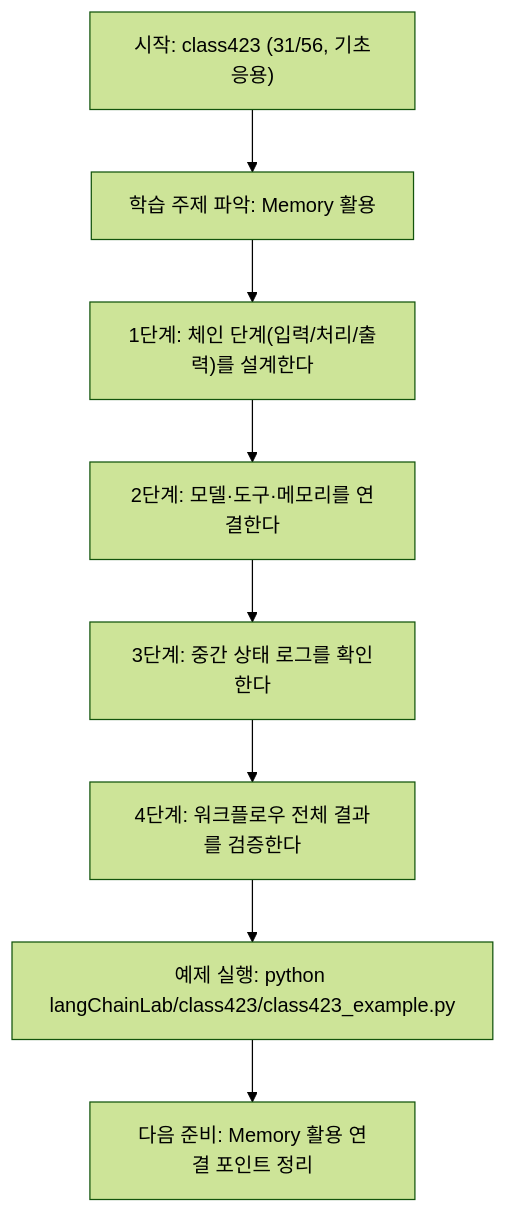
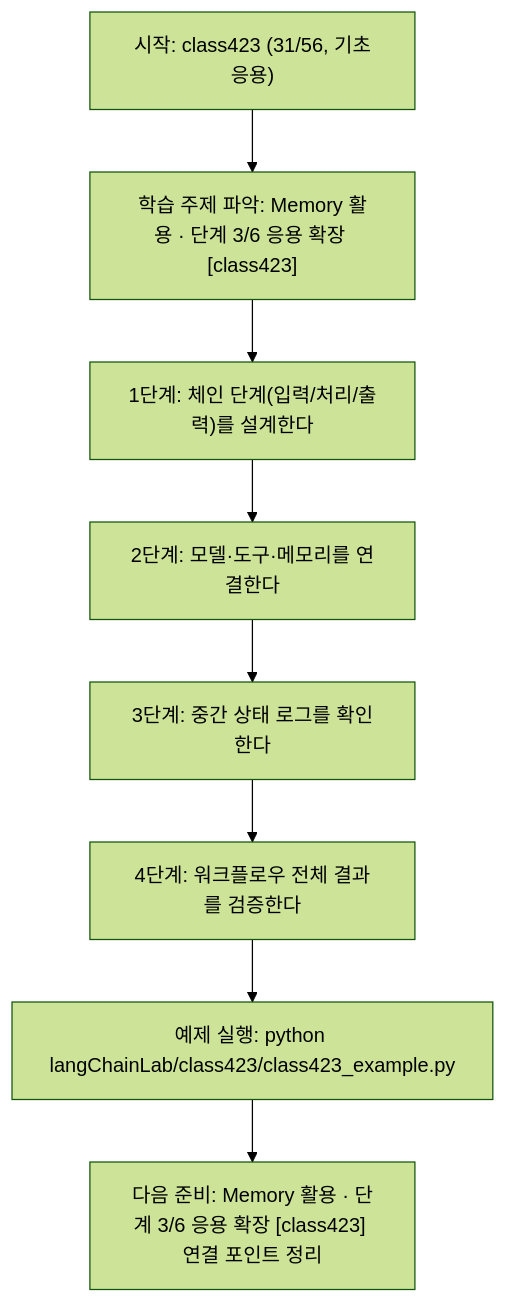
Before and after one commit to edumgt/Python-AI_Agent-Class: the diagram in langChainLab/class423/class423.md, drawn with Mermaid (forest theme). The commit also changed other lines of this file and 522 other files, not shown here.

````diff
--- a/langChainLab/class423/class423.md
+++ b/langChainLab/class423/class423.md
@@ -108,18 +109,18 @@
 ```mermaid
 flowchart TD
 N1["시작: class423 (31/56, 기초응용)"]
-N2["학습 주제 파악: Memory 활용"]
+N2["학습 주제 파악: Memory 활용 · 단계 3/6 응용 확장 [class423]"]
 N3["1단계: 체인 단계(입력/처리/출력)를 설계한다"]
 N4["2단계: 모델·도구·메모리를 연결한다"]
 N5["3단계: 중간 상태 로그를 확인한다"]
 N6["4단계: 워크플로우 전체 결과를 검증한다"]
 N7["예제 실행: python langChainLab/class423/class423_example.py"]
-N8["다음 준비: Memory 활용 연결 포인트 정리"]
+N8["다음 준비: Memory 활용 · 단계 3/6 응용 확장 [class423] 연결 포인트 정리"]
 N1 --> N2
 N2 --> N3
 N3 --> N4
 N4 --> N5
 N5 --> N6
 N6 --> N7
 N7 --> N8
 ```
````
